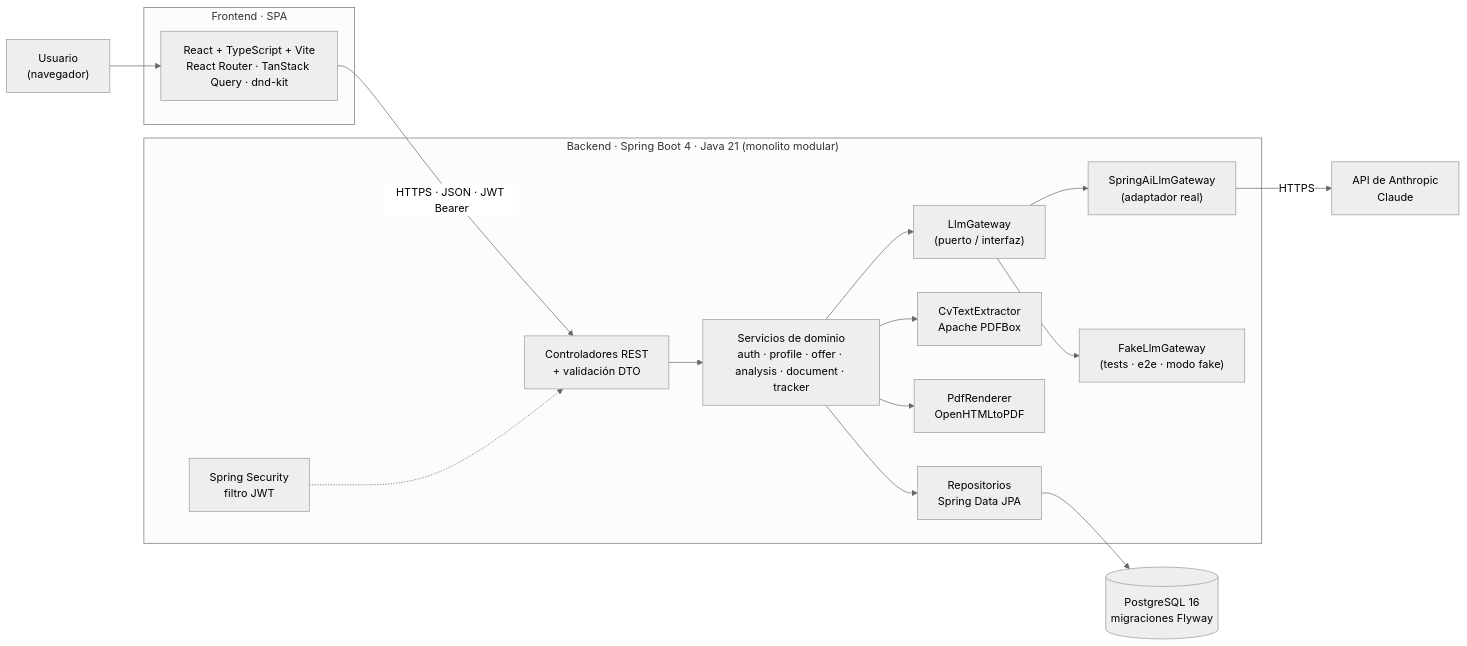
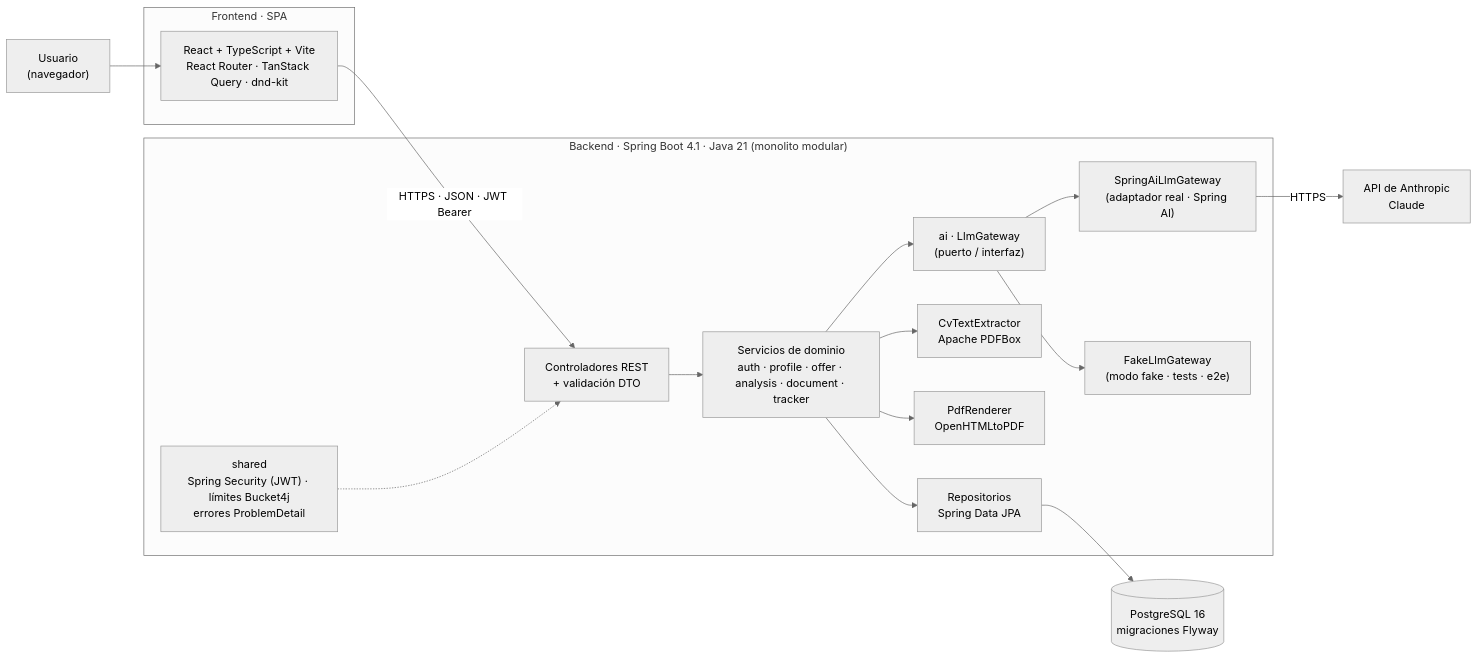
One commit to AndresAvella16/AI4Devs-finalproject changed the second of 5 diagrams in readme.md. Above: the diagram before and after it, drawn with Mermaid (neutral theme). The commit also changed other lines of this file and 3 other files, not shown here.

````diff
--- a/readme.md
+++ b/readme.md
@@ -344,24 +426,24 @@
 ```mermaid
 flowchart LR
     U["Usuario<br/>(navegador)"] --> FE
 
     subgraph FE_BOX["Frontend · SPA"]
         FE["React + TypeScript + Vite<br/>React Router · TanStack Query · dnd-kit"]
     end
 
     FE -- "HTTPS · JSON · JWT Bearer" --> API
 
-    subgraph BE["Backend · Spring Boot 4 · Java 21 (monolito modular)"]
-        SEC["Spring Security<br/>filtro JWT"] -.-> API
+    subgraph BE["Backend · Spring Boot 4.1 · Java 21 (monolito modular)"]
+        SEC["shared<br/>Spring Security (JWT) · límites Bucket4j<br/>errores ProblemDetail"] -.-> API
         API["Controladores REST<br/>+ validación DTO"] --> SVC["Servicios de dominio<br/>auth · profile · offer · analysis · document · tracker"]
         SVC --> REPO["Repositorios<br/>Spring Data JPA"]
         SVC --> PDFX["CvTextExtractor<br/>Apache PDFBox"]
         SVC --> PDFG["PdfRenderer<br/>OpenHTMLtoPDF"]
-        SVC --> PORT["LlmGateway<br/>(puerto / interfaz)"]
-        PORT --> REAL["SpringAiLlmGateway<br/>(adaptador real)"]
-        PORT --> FAKE["FakeLlmGateway<br/>(tests · e2e · modo fake)"]
+        SVC --> PORT["ai · LlmGateway<br/>(puerto / interfaz)"]
+        PORT --> REAL["SpringAiLlmGateway<br/>(adaptador real · Spring AI)"]
+        PORT --> FAKE["FakeLlmGateway<br/>(modo fake · tests · e2e)"]
     end
 
     REPO --> DB[("PostgreSQL 16<br/>migraciones Flyway")]
     REAL -- "HTTPS" --> LLM["API de Anthropic<br/>Claude"]
 ```
````
